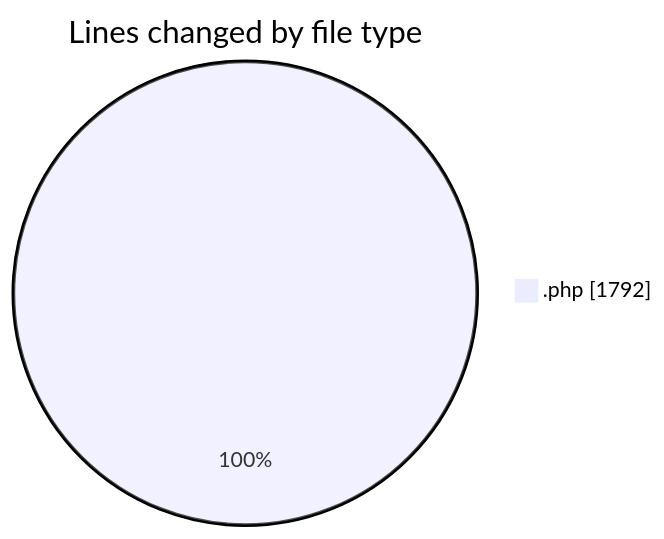
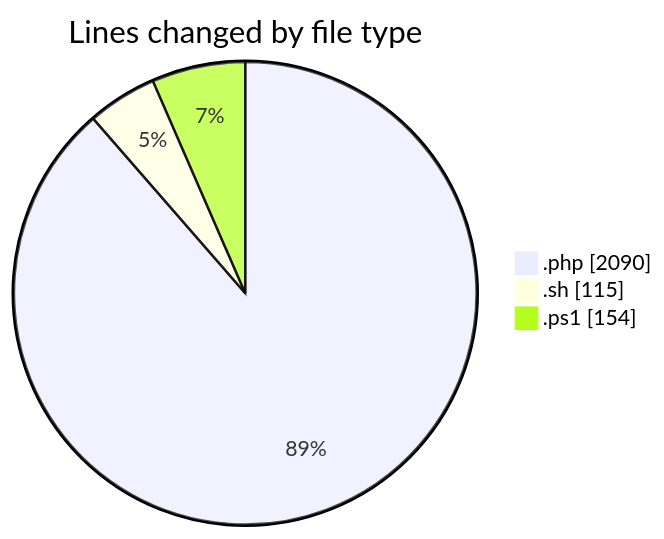
The first of 2 diagrams in 2025-10-06/untitled__workspace_/README.md (debugP/code-tracking), drawn with Mermaid before and after one commit. The commit also changed other lines of this file and 1 other file, not shown here.

````diff
--- a/2025-10-06/untitled__workspace_/README.md
+++ b/2025-10-06/untitled__workspace_/README.md
@@ -22,5 +26,7 @@
 ```mermaid
 pie showData
 title Lines changed by file type
-".php" : 1792
+".php" : 2090
+".sh" : 115
+".ps1" : 154
 ```
````
